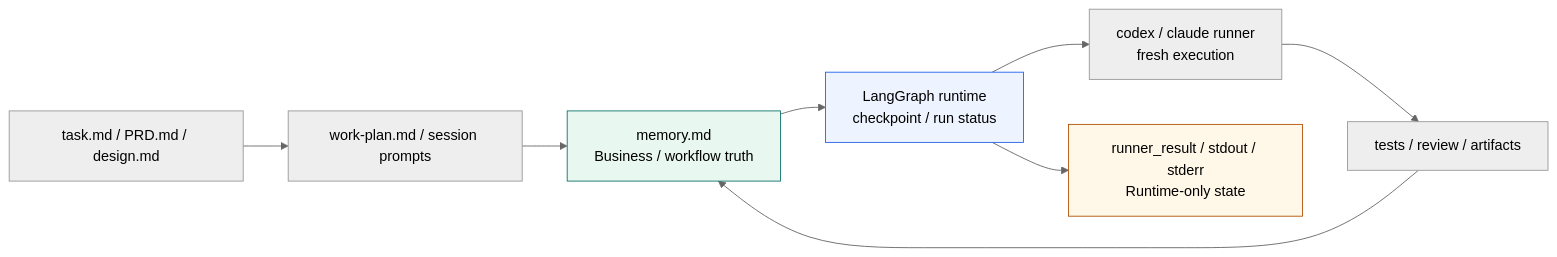
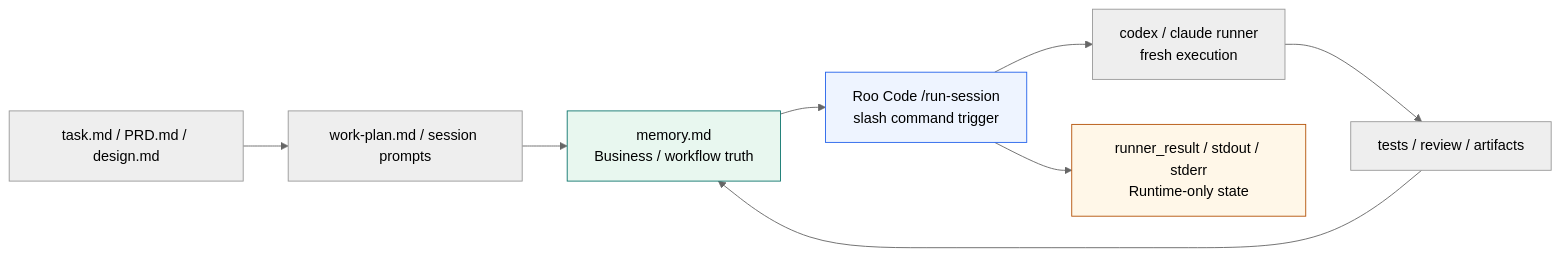
Before and after one commit to qi9zg202-source/vibecodingworkflow: the fourth of 6 diagrams in docs/workflow-standard.md, drawn with Mermaid (neutral theme). The commit also changed other lines of this file and 11 other files, not shown here.

````diff
--- a/docs/workflow-standard.md
+++ b/docs/workflow-standard.md
@@ -193,15 +214,15 @@
 ```mermaid
 flowchart LR
     A["task.md / PRD.md / design.md"] --> B["work-plan.md / session prompts"]
     B --> C["memory.md\nBusiness / workflow truth"]
-    C --> D["LangGraph runtime\ncheckpoint / run status"]
+    C --> D["Roo Code /run-session\nslash command trigger"]
     D --> E["codex / claude runner\nfresh execution"]
     E --> F["tests / review / artifacts"]
     F --> C
 
     D --> G["runner_result / stdout / stderr\nRuntime-only state"]
 
     style C fill:#e8f7ef,stroke:#0f766e
     style D fill:#eef4ff,stroke:#2563eb
     style G fill:#fff7e8,stroke:#b45309
 ```
````
